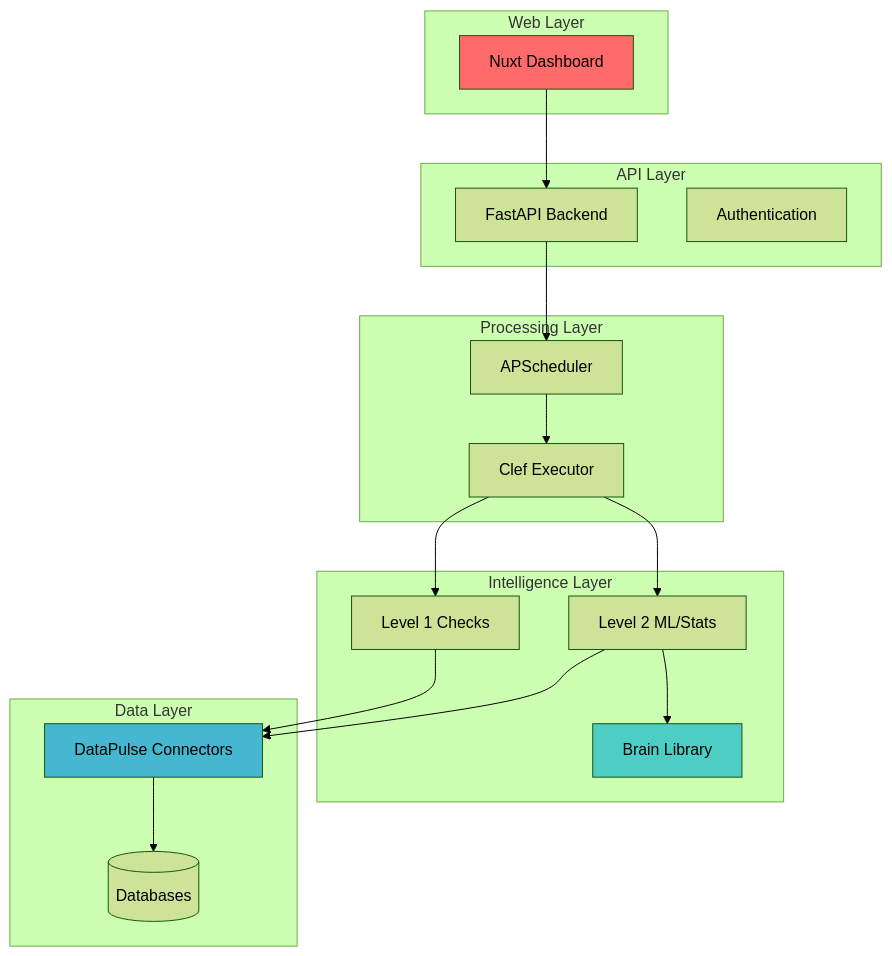
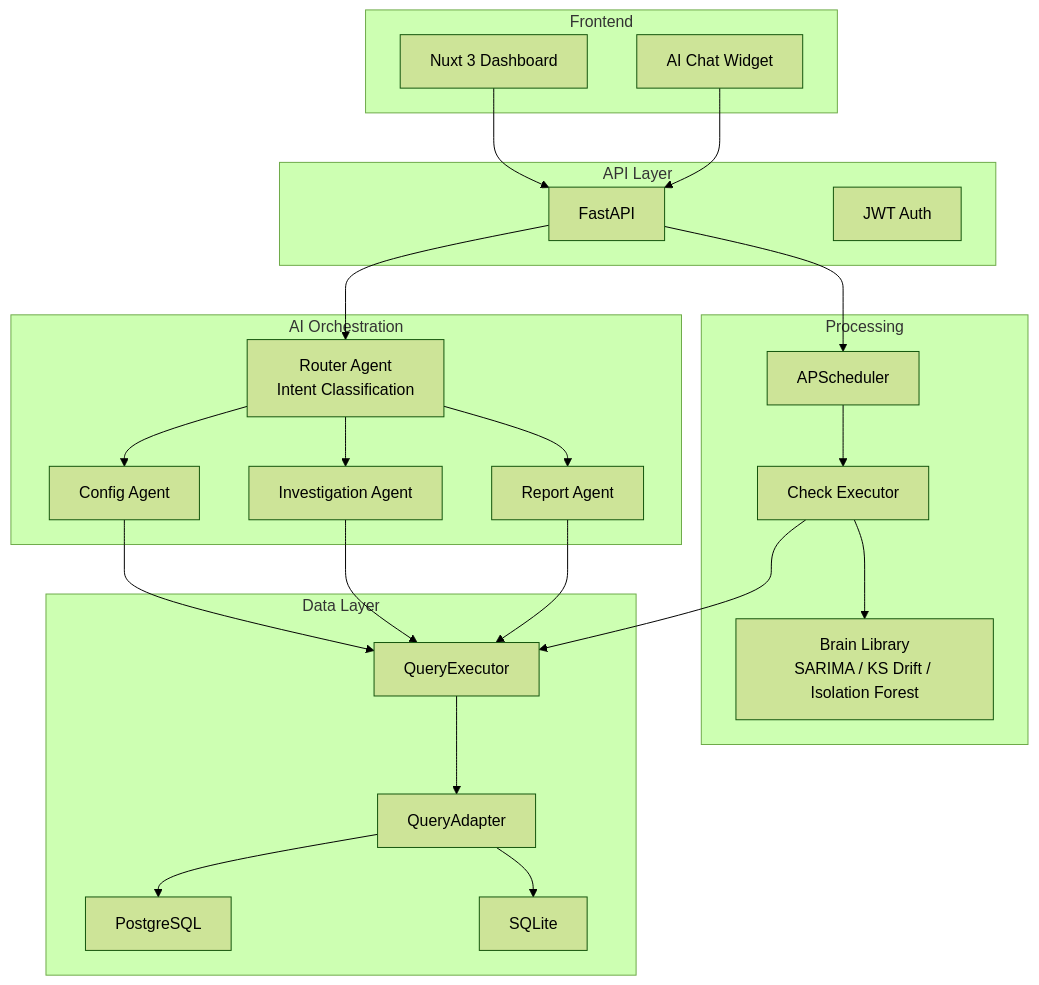
The first of 3 diagrams in README.md (TheDataMaestros/datametronome), drawn with Mermaid (forest theme) before and after one commit. The commit also changed other lines of this file and 5 other files, not shown here.

````diff
--- a/README.md
+++ b/README.md
@@ -253,41 +26,49 @@
 ```mermaid
 graph TB
-    subgraph "Web Layer"
-        UI[Nuxt Dashboard]
+    subgraph "Frontend"
+        UI[Nuxt 3 Dashboard]
+        Chat[AI Chat Widget]
     end
 
     subgraph "API Layer"
-        API[FastAPI Backend]
-        Auth[Authentication]
+        API[FastAPI]
+        Auth[JWT Auth]
     end
 
-    subgraph "Processing Layer"
-        Scheduler[APScheduler]
-        Executor[Clef Executor]
+    subgraph "AI Orchestration"
+        Router[Router Agent<br/>Intent Classification]
+        Config[Config Agent]
+        Investigation[Investigation Agent]
+        Report[Report Agent]
     end
 
-    subgraph "Intelligence Layer"
-        L1[Level 1 Checks]
-        L2[Level 2 ML/Stats]
-        Brain[Brain Library]
+    subgraph "Processing"
+        Scheduler[APScheduler]
+        Executor[Check Executor]
+        Brain[Brain Library<br/>SARIMA / KS Drift / Isolation Forest]
     end
 
     subgraph "Data Layer"
-        Pulse[DataPulse Connectors]
-        DB[(Databases)]
+        QE[QueryExecutor]
+        Adapter[QueryAdapter]
+        PG[PostgreSQL]
+        SQLite[SQLite]
     end
 
     UI --> API
+    Chat --> API
+    API --> Router
+    Router --> Config
+    Router --> Investigation
+    Router --> Report
     API --> Scheduler
     Scheduler --> Executor
-    Executor --> L1
-    Executor --> L2
-    L2 --> Brain
-    L1 --> Pulse
-    L2 --> Pulse
-    Pulse --> DB
-
-    style UI fill:#ff6b6b
-    style Brain fill:#4ecdc4
-    style Pulse fill:#45b7d1
+    Executor --> Brain
+    Config --> QE
+    Investigation --> QE
+    Report --> QE
+    Executor --> QE
+    QE --> Adapter
+    Adapter --> PG
+    Adapter --> SQLite
 ```
````
